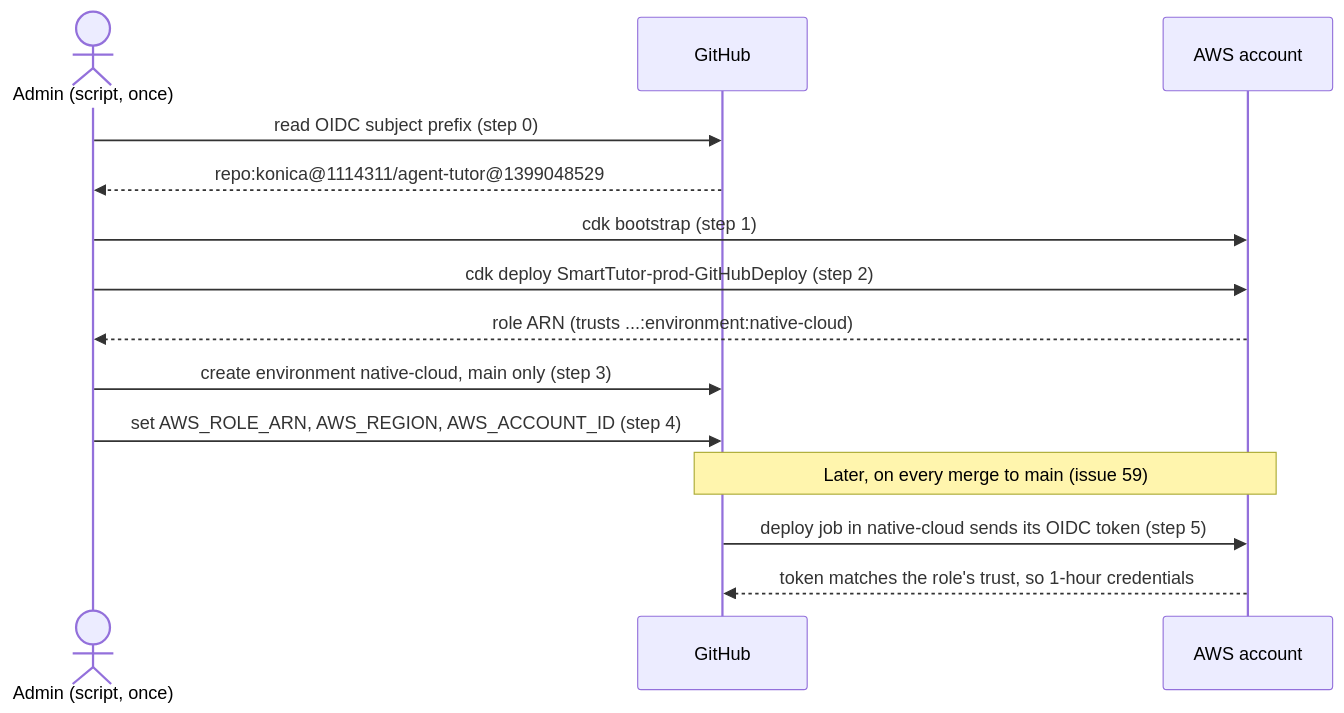
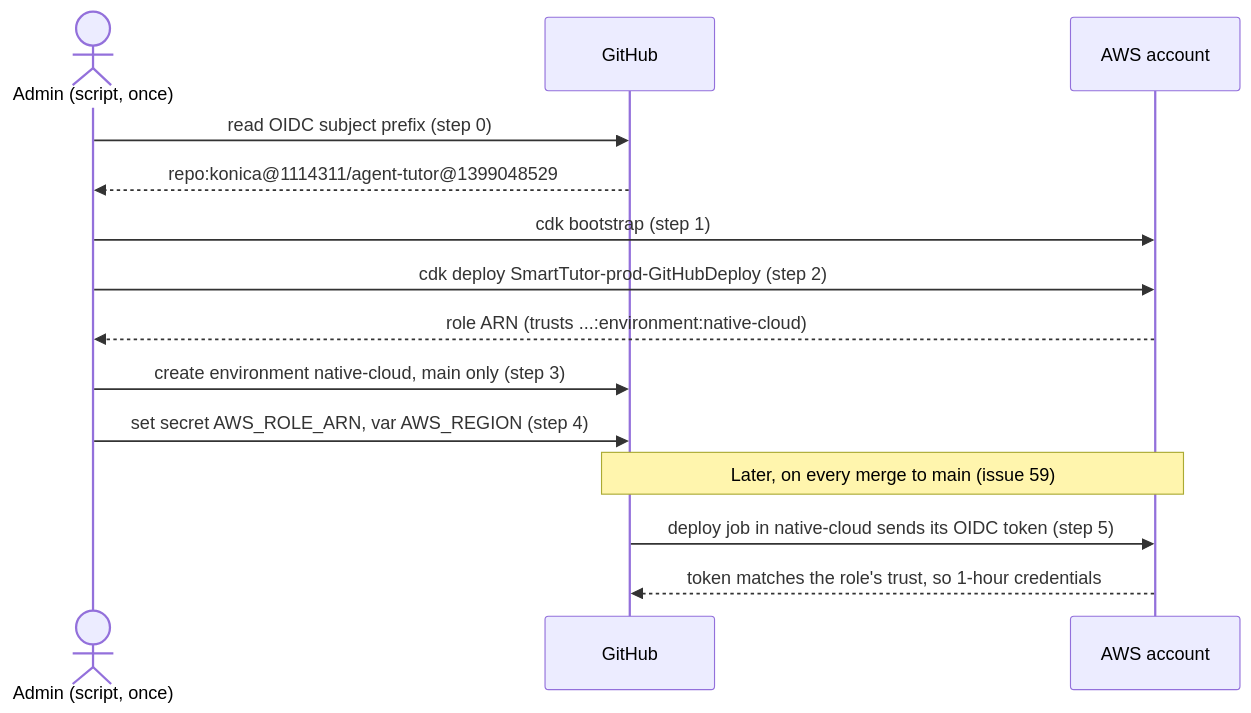
The second of 5 diagrams in docs/runbooks/pilot-environment-overview.md (konica/agent-tutor), drawn with Mermaid before and after one commit. The commit also changed other lines of this file and 10 other files, not shown here.

First line of the commit message:
Keep the AWS account id out of public Actions logs

````diff
--- a/docs/runbooks/pilot-environment-overview.md
+++ b/docs/runbooks/pilot-environment-overview.md
@@ -54,17 +54,17 @@
 ```mermaid
 sequenceDiagram
   actor A as Admin (script, once)
   participant GH as GitHub
   participant AWS as AWS account
 
   A->>GH: read OIDC subject prefix (step 0)
   GH-->>A: repo:konica@1114311/agent-tutor@1399048529
   A->>AWS: cdk bootstrap (step 1)
   A->>AWS: cdk deploy SmartTutor-prod-GitHubDeploy (step 2)
   AWS-->>A: role ARN (trusts ...:environment:native-cloud)
   A->>GH: create environment native-cloud, main only (step 3)
-  A->>GH: set AWS_ROLE_ARN, AWS_REGION, AWS_ACCOUNT_ID (step 4)
+  A->>GH: set secret AWS_ROLE_ARN, var AWS_REGION (step 4)
   Note over GH,AWS: Later, on every merge to main (issue 59)
   GH->>AWS: deploy job in native-cloud sends its OIDC token (step 5)
   AWS-->>GH: token matches the role's trust, so 1-hour credentials
 ```
````
